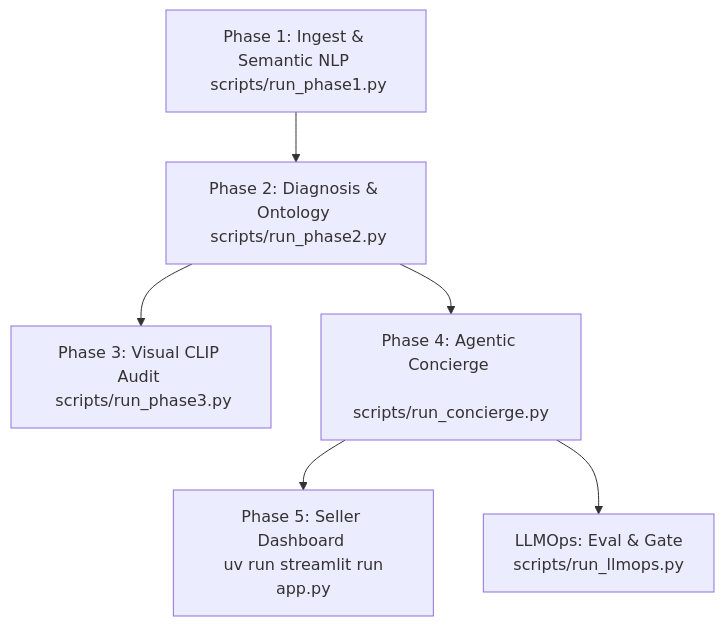
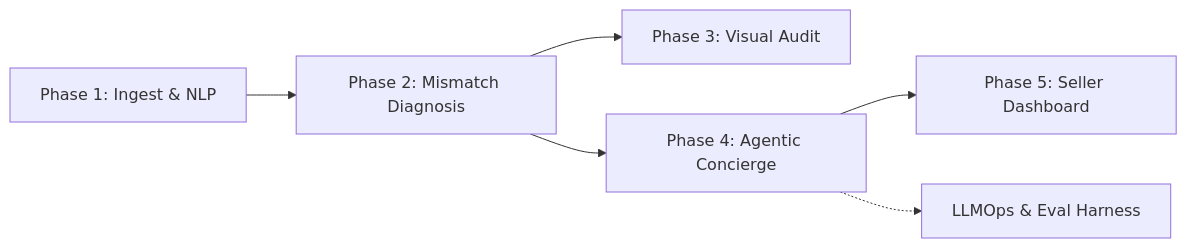
The diagram in docs/07_developer_guide_operations.md (addy9051/True-texture-detector-AI-system), drawn with Mermaid before and after one commit. The commit also changed other lines of this file and 7 other files, not shown here.

Commit message:
docs: add comprehensive system documentation for architecture, LLMOps, pipeline operations, and developer guides.

````diff
--- a/docs/07_developer_guide_operations.md
+++ b/docs/07_developer_guide_operations.md
@@ -53,8 +53,8 @@
 ```mermaid
-flowchart TD
-    P1[Phase 1: Ingest & Semantic NLP <br/> scripts/run_phase1.py] --> P2[Phase 2: Diagnosis & Ontology <br/> scripts/run_phase2.py]
-    P2 --> P3[Phase 3: Visual CLIP Audit <br/> scripts/run_phase3.py]
-    P2 --> P4[Phase 4: Agentic Concierge <br/> scripts/run_concierge.py]
-    P4 --> P5[Phase 5: Seller Dashboard <br/> uv run streamlit run app.py]
-    P4 --> PEval[LLMOps: Eval & Gate <br/> scripts/run_llmops.py]
+flowchart LR
+    P1[Phase 1: Ingest & NLP] --> P2[Phase 2: Mismatch Diagnosis]
+    P2 --> P3[Phase 3: Visual Audit]
+    P2 --> P4[Phase 4: Agentic Concierge]
+    P4 --> P5[Phase 5: Seller Dashboard]
+    P4 -.-> PEval[LLMOps & Eval Harness]
 ```
````
